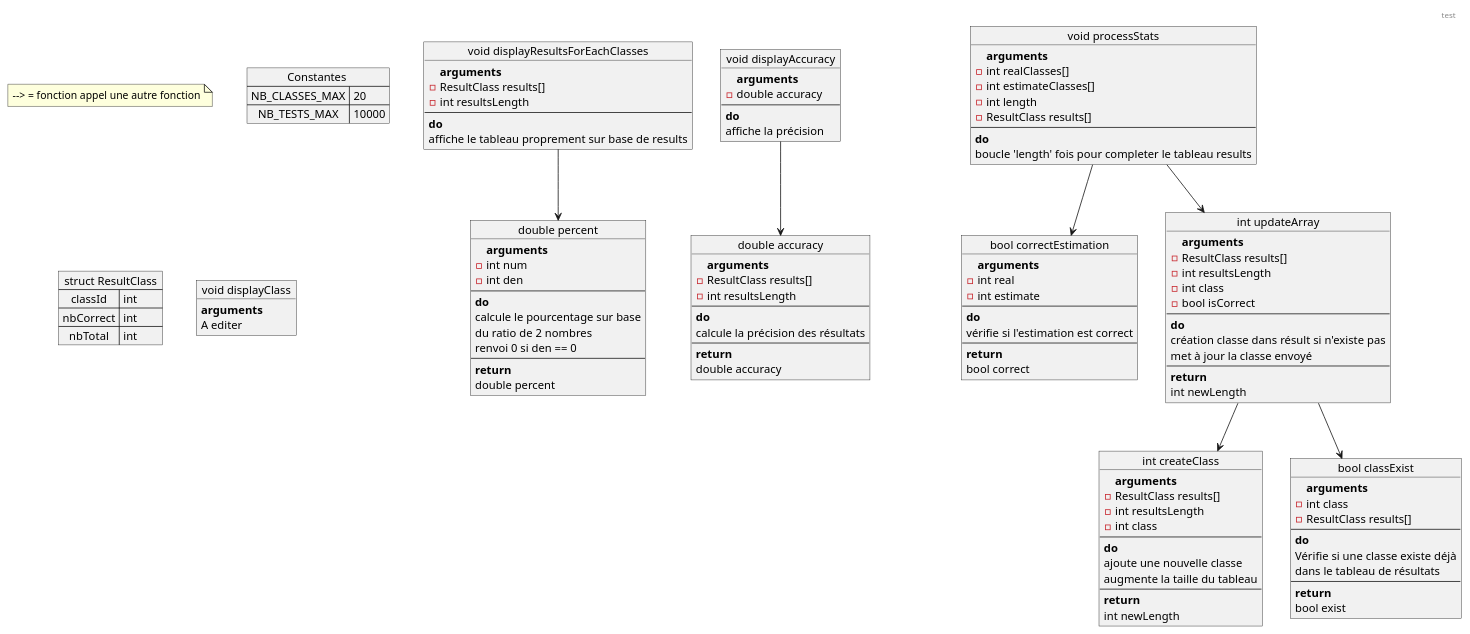
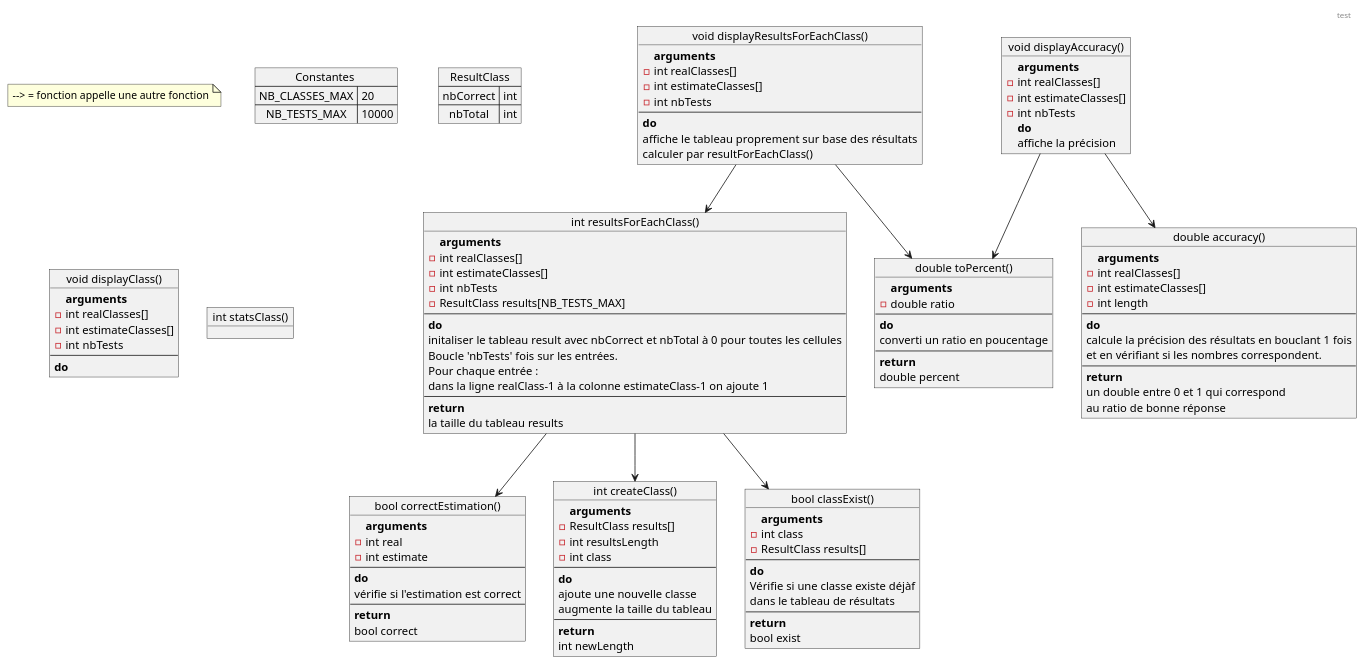
One commit to vsantele/IG2-PNDI changed the diagram in schema.puml. Above: the diagram before and after it, drawn with PlantUML.

Commit message:
avancer de merde

```diff
--- a/schema.puml
+++ b/schema.puml
@@ -1,145 +1,152 @@
 @startuml programme
 header test
-note "--> = fonction appel une autre fonction" as note1
+note "--> = fonction appelle une autre fonction" as note1
 
 map "Constantes " as constantes {
     NB_CLASSES_MAX => 20
     NB_TESTS_MAX => 10000
 }
 
-map "struct ResultClass" as resClass {
-    classId => int
+
+map "ResultClass"  as resClas {
     nbCorrect => int
     nbTotal => int
-}   
+}
 
 ' Fonctions affichage
-object "void displayResultsForEachClasses" as drfec {
-     **arguments**
-     - ResultClass results[]
-     - int resultsLength
+object "void displayResultsForEachClass()" as drfec {
+    **arguments**
+    - int realClasses[]
+    - int estimateClasses[]
+    - int nbTests
     --
     **do**
-    affiche le tableau proprement sur base de results
+    affiche le tableau proprement sur base des résultats
+    calculer par resultForEachClass()
 }
 
-object "void displayAccuracy" as da {
-     **arguments**
-     - double accuracy
-    --
+object "void displayAccuracy()" as da {
+    **arguments**
+    - int realClasses[]
+    - int estimateClasses[]
+    - int nbTests
     **do**
     affiche la précision
 }
 
-object "void displayClass" as dc {
-     **arguments**
-     A editer
+object "void displayClass()" as dc {
+    **arguments**
+    - int realClasses[]
+    - int estimateClasses[]
+    - int nbTests
+    --
+    **do**
+     
 }
+
 
 'Fonctions calcul
 
-object "void processStats" as main {
-     **arguments**
+object "int resultsForEachClass()" as main {
+    **arguments**
     - int realClasses[]
     - int estimateClasses[]
-     - int length
-     - ResultClass results[]
-     --
-     **do**
-    boucle 'length' fois pour completer le tableau results
+    - int nbTests
+    - ResultClass results[NB_TESTS_MAX]
+    --
+    **do**
+    initaliser le tableau result avec nbCorrect et nbTotal à 0 pour toutes les cellules
 
+    Boucle 'nbTests' fois sur les entrées.
+
+    Pour chaque entrée :
+    dans la ligne realClass-1 à la colonne estimateClass-1 on ajoute 1
+    --
+    **return**
+    la taille du tableau results
 }
 
-object "bool correctEstimation" as corEst {
+object "bool correctEstimation()" as corEst {
     **arguments**
     - int real
     - int estimate
     --
     **do**
     vérifie si l'estimation est correct
     --
     **return**
     bool correct
 }
 
-object "double percent" as pct {
-     **arguments**
-    - int num
-    - int den
+object "double toPercent()" as pct {
+    **arguments**
+    - double ratio
      --
     **do**
-     calcule le pourcentage sur base
-     du ratio de 2 nombres
-     renvoi 0 si den == 0
+    converti un ratio en poucentage
     --
     **return**
     double percent
 }
 
-object "int updateArray" as upAr {
-     **arguments**
-    - ResultClass results[]
-    - int resultsLength
-    - int class
-    - bool isCorrect
-     --
-    **do**
-    création classe dans résult si n'existe pas
-     met à jour la classe envoyé
-    --
-    **return**
-    int newLength
-}
 
 'note left of creClass : Précondition:\nla classe n'existe pas\ndans result
 
-object "int createClass" as creClass {
+object "int createClass()" as creClass {
     **arguments**
     - ResultClass results[]
     - int resultsLength
     - int class
     --
     **do**
     ajoute une nouvelle classe
     augmente la taille du tableau
     --
     **return**
     int newLength
 }
 
-object "bool classExist" as ce {
+object "bool classExist()" as ce {
     **arguments**
     - int class
     - ResultClass results[]
     --
     **do**
-    Vérifie si une classe existe déjà
+    Vérifie si une classe existe déjàf
     dans le tableau de résultats
     --
     **return**
     bool exist
 }
 
-object "double accuracy" as acc {
+object "double accuracy()" as acc {
     **arguments**
-    - ResultClass results[]
-    - int resultsLength
+    - int realClasses[]
+    - int estimateClasses[]
+    - int length
     --
     **do**
-    calcule la précision des résultats
+    calcule la précision des résultats en bouclant 1 fois
+    et en vérifiant si les nombres correspondent.
     --
     **return**
-    double accuracy
+    un double entre 0 et 1 qui correspond
+    au ratio de bonne réponse
+}
+
+object "int statsClass()" as staCla {
+    
 }
 
 ' Liens
-main --> upAr
+'main --> corEst
 main --> corEst
-upAr --> ce
-upAr --> creClass
+main --> ce
+main --> creClass
 drfec --> pct
+drfec --> main
 da --> acc
-
+da --> pct
 ' note left of drfec: "bonjour"
 
 @enduml
```
